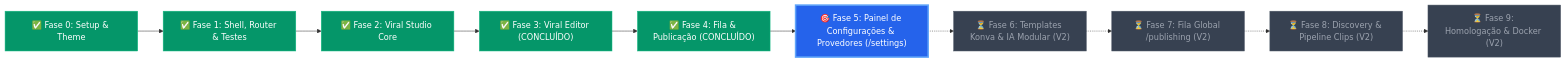
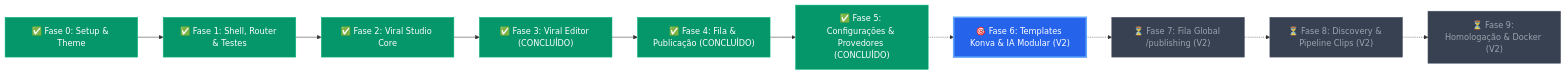
One commit to luis-henrique-carvalho/viralforge changed the diagram in docs/plano-migracao-frontend.md. Above: the diagram before and after it, drawn with Mermaid. The commit also changed other lines of this file and 1 other file, not shown here.

Commit message:
docs: mark Phase 5 (Settings & Providers) as completed and fully verified

````diff
--- a/docs/plano-migracao-frontend.md
+++ b/docs/plano-migracao-frontend.md
@@ -218,20 +218,20 @@
 ```mermaid
 flowchart LR
     Fase0["✅ Fase 0: Setup & Theme"] --> Fase1["✅ Fase 1: Shell, Router & Testes"]
     Fase1 --> Fase2["✅ Fase 2: Viral Studio Core"]
     Fase2 --> Fase3["✅ Fase 3: Viral Editor (CONCLUÍDO)"]
     Fase3 --> Fase4["✅ Fase 4: Fila & Publicação (CONCLUÍDO)"]
-    Fase4 --> Fase5["🎯 Fase 5: Painel de Configurações & Provedores (/settings)"]
-    Fase5 -.-> Fase6["⏳ Fase 6: Templates Konva & IA Modular (V2)"]
+    Fase4 --> Fase5["✅ Fase 5: Configurações & Provedores (CONCLUÍDO)"]
+    Fase5 -.-> Fase6["🎯 Fase 6: Templates Konva & IA Modular (V2)"]
     Fase6 -.-> Fase7["⏳ Fase 7: Fila Global /publishing (V2)"]
     Fase7 -.-> Fase8["⏳ Fase 8: Discovery & Pipeline Clips (V2)"]
     Fase8 -.-> Fase9["⏳ Fase 9: Homologação & Docker (V2)"]
 
     classDef completed fill:#059669,stroke:#10b981,color:#ffffff;
     classDef current fill:#2563eb,stroke:#60a5fa,color:#ffffff,stroke-width:3px;
     classDef pending fill:#374151,stroke:#4b5563,color:#9ca3af;
 
-    class Fase0,Fase1,Fase2,Fase3,Fase4 completed;
-    class Fase5 current;
-    class Fase6,Fase7,Fase8,Fase9 pending;
+    class Fase0,Fase1,Fase2,Fase3,Fase4,Fase5 completed;
+    class Fase6 current;
+    class Fase7,Fase8,Fase9 pending;
 ```
````
